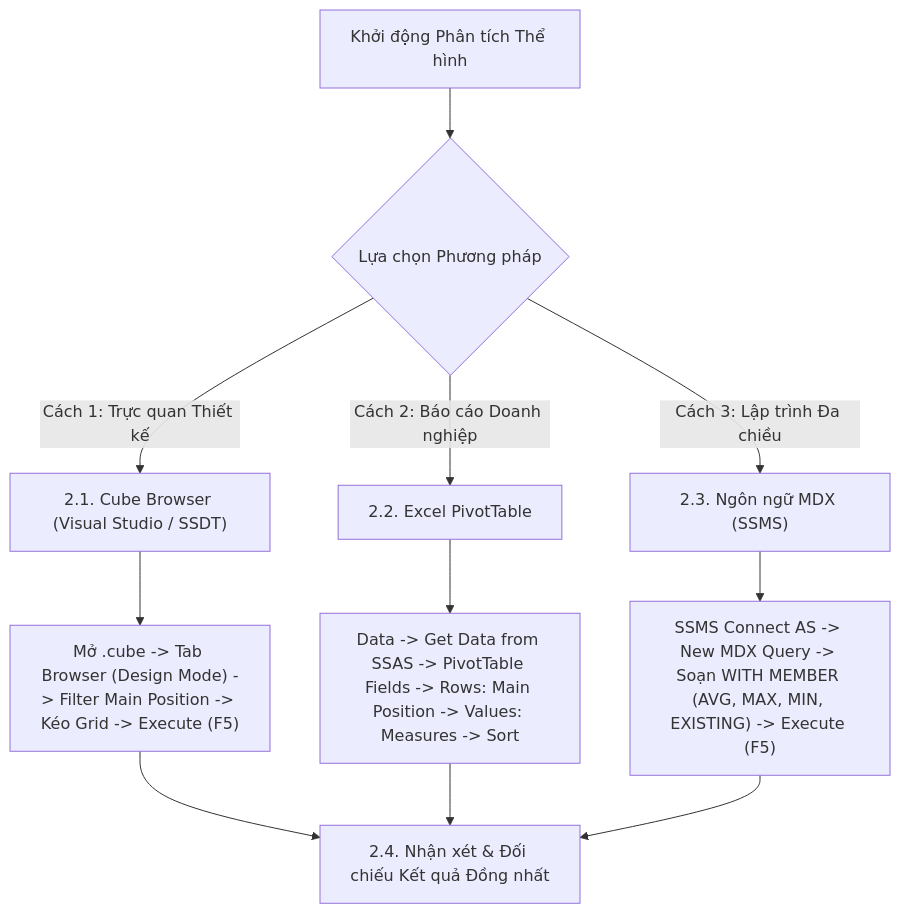
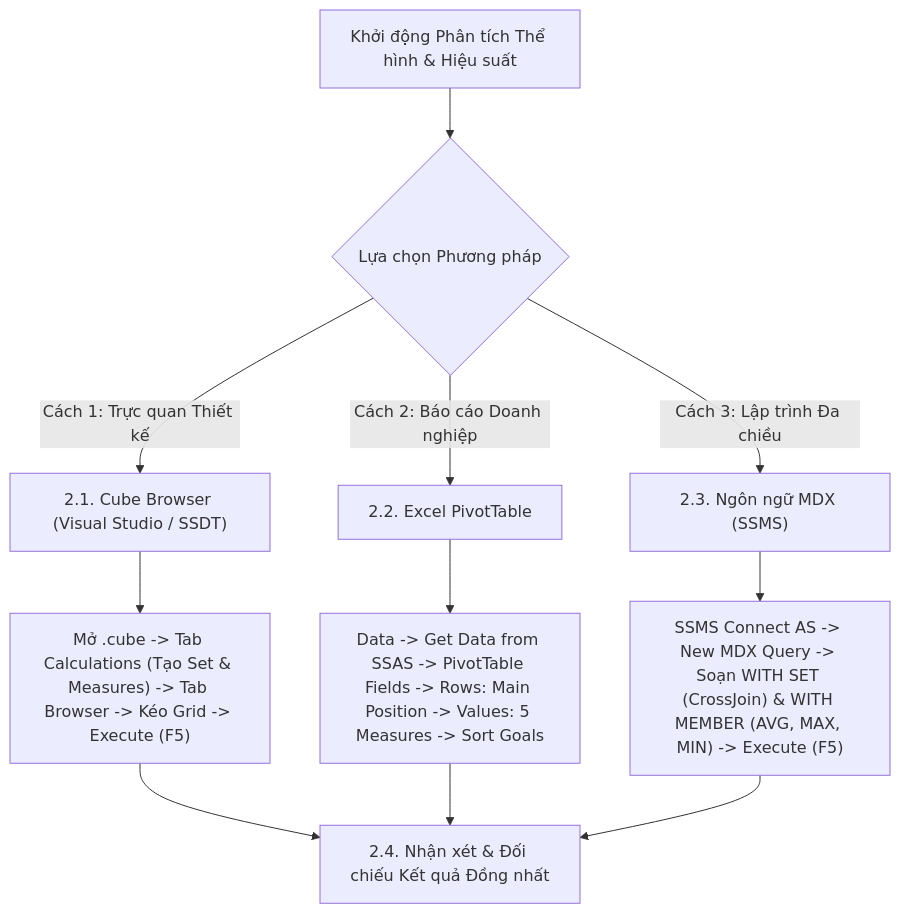
One commit to snowflake-vibing/Kho_du_lieu_OLAP changed the diagram in mdx/query_06.md. Above: the diagram before and after it, drawn with Mermaid. The commit also changed other lines of this file and 12 other files, not shown here.

Commit message:
fix(mdx): sua loi logic CrossJoin trong query_06 va cap nhat bang ket qua thuc te tu kho du lieu

````diff
--- a/mdx/query_06.md
+++ b/mdx/query_06.md
@@ -40,16 +42,16 @@
 ```mermaid
 flowchart TD
-    Start["Khởi động Phân tích Thể hình"] --> Choice{"Lựa chọn Phương pháp"}
+    Start["Khởi động Phân tích Thể hình & Hiệu suất"] --> Choice{"Lựa chọn Phương pháp"}
 
     Choice -->|"Cách 1: Trực quan Thiết kế"| CB["2.1. Cube Browser (Visual Studio / SSDT)"]
     Choice -->|"Cách 2: Báo cáo Doanh nghiệp"| Excel["2.2. Excel PivotTable"]
     Choice -->|"Cách 3: Lập trình Đa chiều"| MDX["2.3. Ngôn ngữ MDX (SSMS)"]
 
-    CB --> CB_Step["Mở .cube -> Tab Browser (Design Mode) -> Filter Main Position -> Kéo Grid -> Execute (F5)"]
-    Excel --> Excel_Step["Data -> Get Data from SSAS -> PivotTable Fields -> Rows: Main Position -> Values: Measures -> Sort"]
-    MDX --> MDX_Step["SSMS Connect AS -> New MDX Query -> Soạn WITH MEMBER (AVG, MAX, MIN, EXISTING) -> Execute (F5)"]
+    CB --> CB_Step["Mở .cube -> Tab Calculations (Tạo Set & Measures) -> Tab Browser -> Kéo Grid -> Execute (F5)"]
+    Excel --> Excel_Step["Data -> Get Data from SSAS -> PivotTable Fields -> Rows: Main Position -> Values: 5 Measures -> Sort Goals"]
+    MDX --> MDX_Step["SSMS Connect AS -> New MDX Query -> Soạn WITH SET (CrossJoin) & WITH MEMBER (AVG, MAX, MIN) -> Execute (F5)"]
 
     CB_Step --> Finish["2.4. Nhận xét & Đối chiếu Kết quả Đồng nhất"]
     Excel_Step --> Finish
     MDX_Step --> Finish
 ```
````
